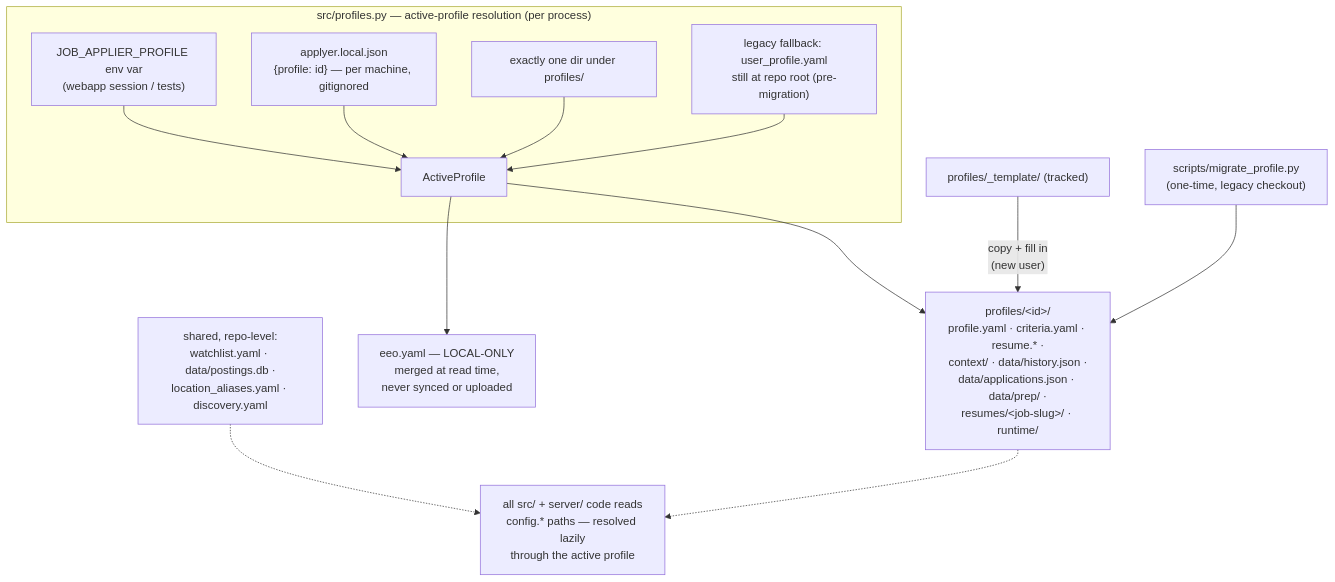
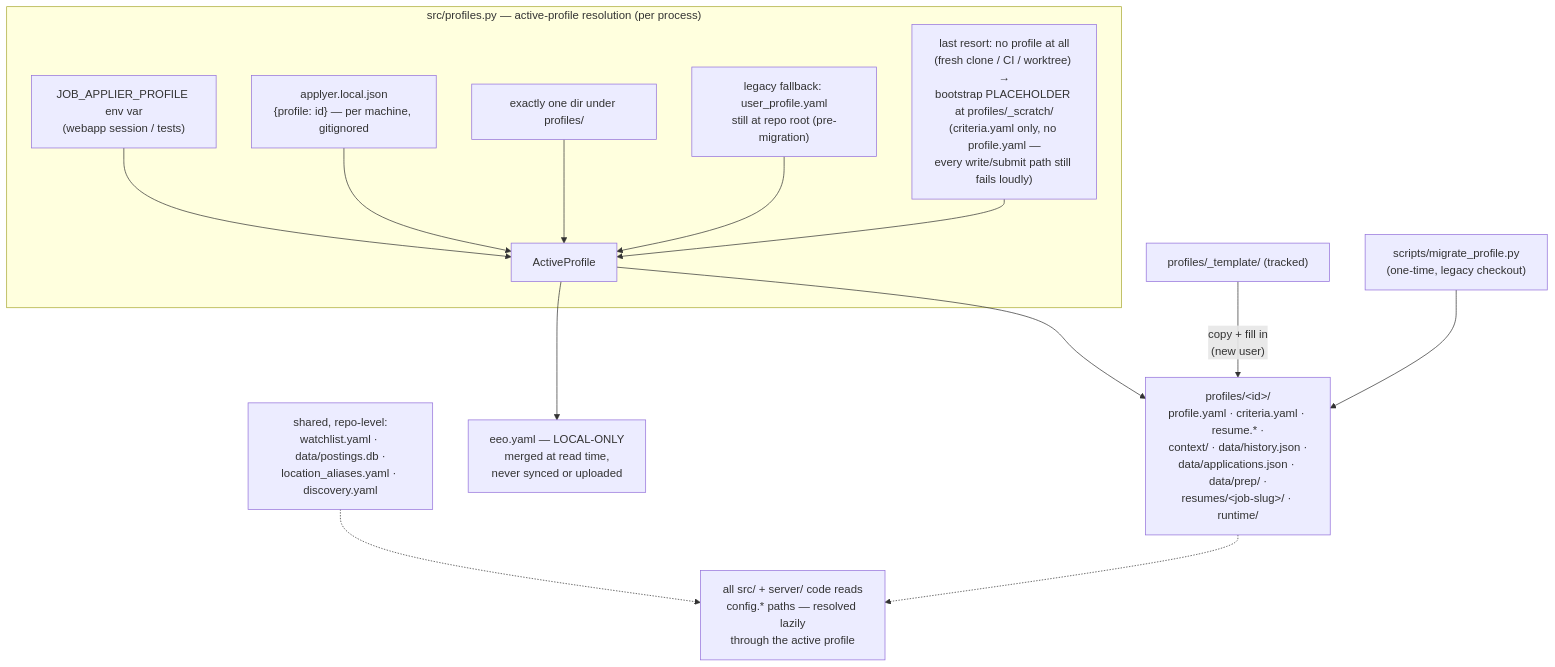
One commit to sbhaskaran0/job-applier changed the first of 11 diagrams in README.md. Above: the diagram before and after it, drawn with Mermaid. The commit also changed other lines of this file and 1 other file, not shown here.

````diff
--- a/README.md
+++ b/README.md
@@ -74,15 +74,16 @@
 ```mermaid
 flowchart TD
     subgraph RES["src/profiles.py — active-profile resolution (per process)"]
         E["JOB_APPLIER_PROFILE env var<br/>(webapp session / tests)"] --> A["ActiveProfile"]
         L["applyer.local.json<br/>{profile: id} — per machine, gitignored"] --> A
         S["exactly one dir under profiles/"] --> A
         G["legacy fallback: user_profile.yaml<br/>still at repo root (pre-migration)"] --> A
+        BS["last resort: no profile at all<br/>(fresh clone / CI / worktree) →<br/>bootstrap PLACEHOLDER at profiles/_scratch/<br/>(criteria.yaml only, no profile.yaml —<br/>every write/submit path still fails loudly)"] --> A
     end
     A --> P["profiles/&lt;id&gt;/<br/>profile.yaml · criteria.yaml · resume.* ·<br/>context/ · data/history.json ·<br/>data/applications.json · data/prep/ ·<br/>resumes/&lt;job-slug&gt;/ · runtime/"]
     A --> EO["eeo.yaml — LOCAL-ONLY<br/>merged at read time,<br/>never synced or uploaded"]
     SH["shared, repo-level:<br/>watchlist.yaml · data/postings.db ·<br/>location_aliases.yaml · discovery.yaml"] -.-> Q["all src/ + server/ code reads<br/>config.* paths — resolved lazily<br/>through the active profile"]
     P -.-> Q
     T["profiles/_template/ (tracked)"] -- "copy + fill in<br/>(new user)" --> P
     M["scripts/migrate_profile.py<br/>(one-time, legacy checkout)"] --> P
 ```
````
